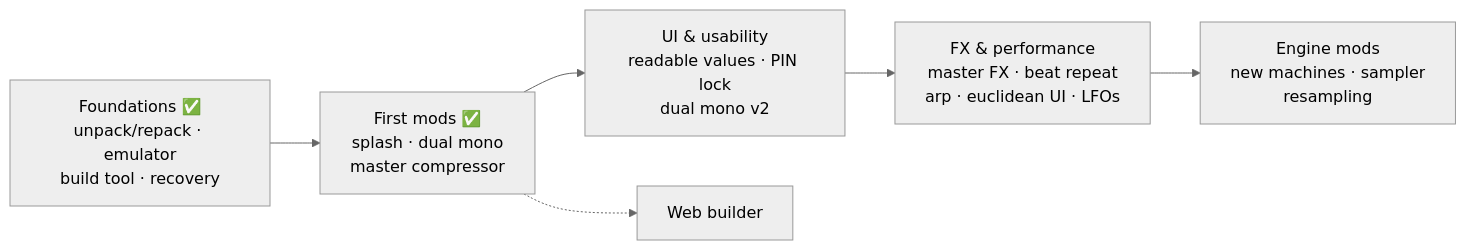
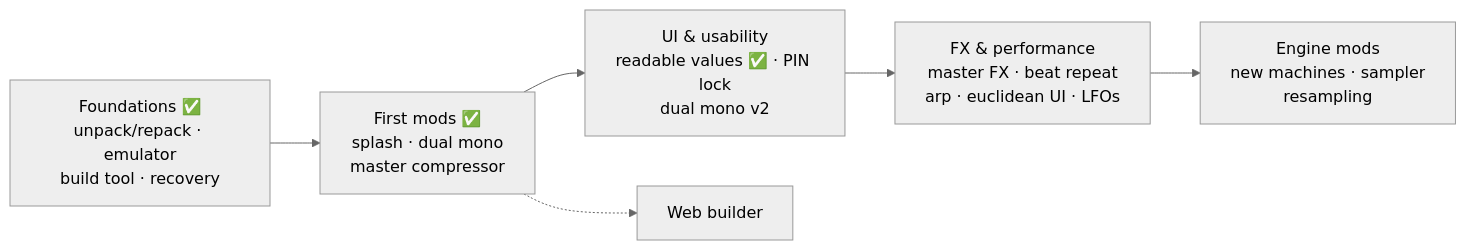
One commit to Angelo-politek/Synthack-OS changed the diagram in README.md. Above: the diagram before and after it, drawn with Mermaid (neutral theme). The commit also changed other lines of this file and 4 other files, not shown here.

````diff
--- a/README.md
+++ b/README.md
@@ -31,8 +31,8 @@
 ```mermaid
 flowchart LR
   A["Foundations ✅<br/>unpack/repack · emulator<br/>build tool · recovery"] --> B["First mods ✅<br/>splash · dual mono<br/>master compressor"]
-  B --> C["UI & usability<br/>readable values · PIN lock<br/>dual mono v2"]
+  B --> C["UI & usability<br/>readable values ✅ · PIN lock<br/>dual mono v2"]
   C --> D["FX & performance<br/>master FX · beat repeat<br/>arp · euclidean UI · LFOs"]
   D --> E["Engine mods<br/>new machines · sampler<br/>resampling"]
   B -.-> W["Web builder"]
 ```
````
